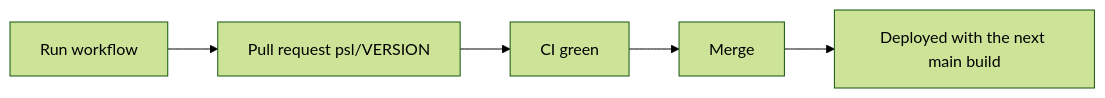
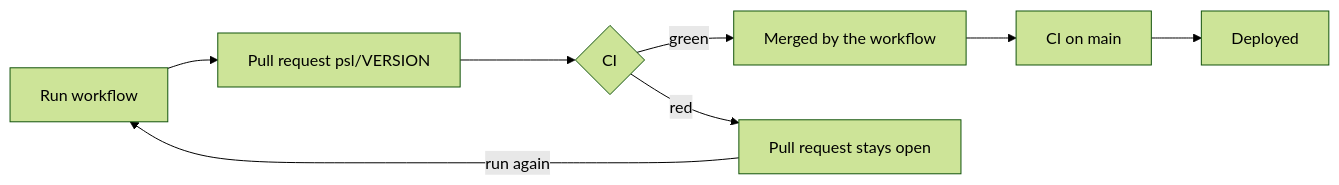
One commit to photom/benchside changed the diagram in docs/how-to/update-public-suffix-list.md. Above: the diagram before and after it, drawn with Mermaid (forest theme). The commit also changed other lines of this file and 6 other files, not shown here.

````diff
--- a/docs/how-to/update-public-suffix-list.md
+++ b/docs/how-to/update-public-suffix-list.md
@@ -17,4 +18,6 @@
 ```mermaid
 flowchart LR
-  run[Run workflow] --> pr["Pull request psl/VERSION"] --> ci[CI green] --> merge[Merge] --> pages[Deployed with the next main build]
+  run[Run workflow] --> pr["Pull request psl/VERSION"] --> ci{CI}
+  ci -- green --> merge[Merged by the workflow] --> main[CI on main] --> pages[Deployed]
+  ci -- red --> open[Pull request stays open] -- run again --> run
 ```
````
